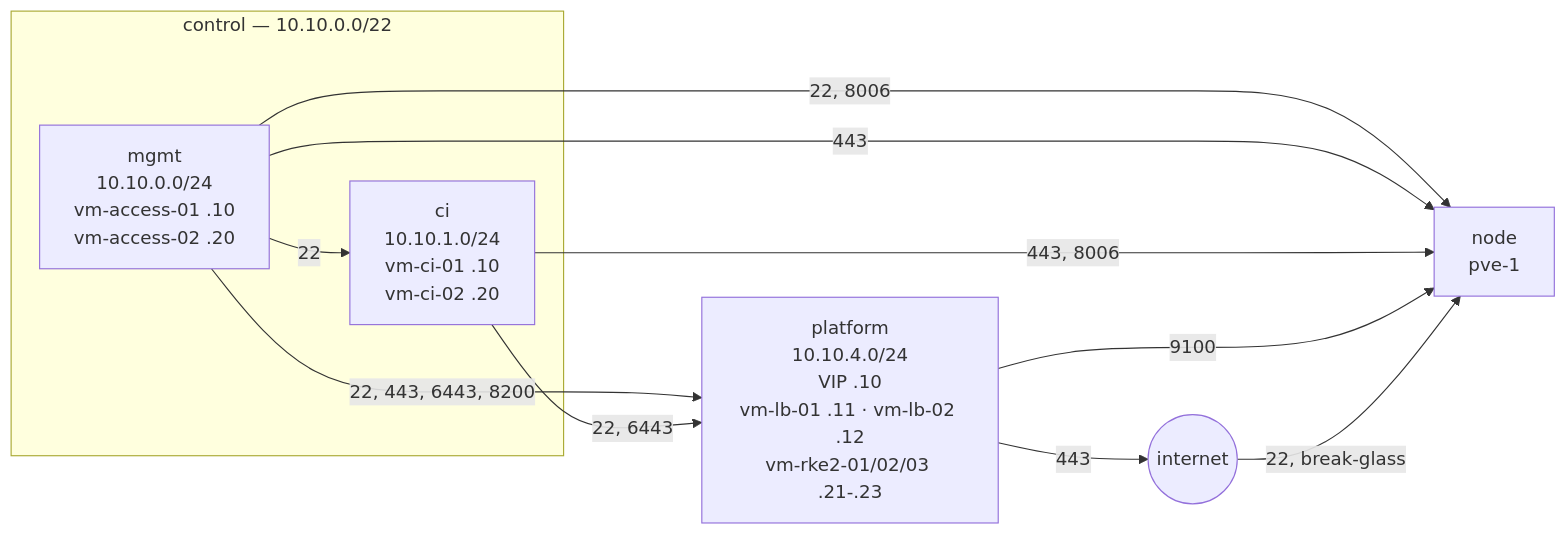
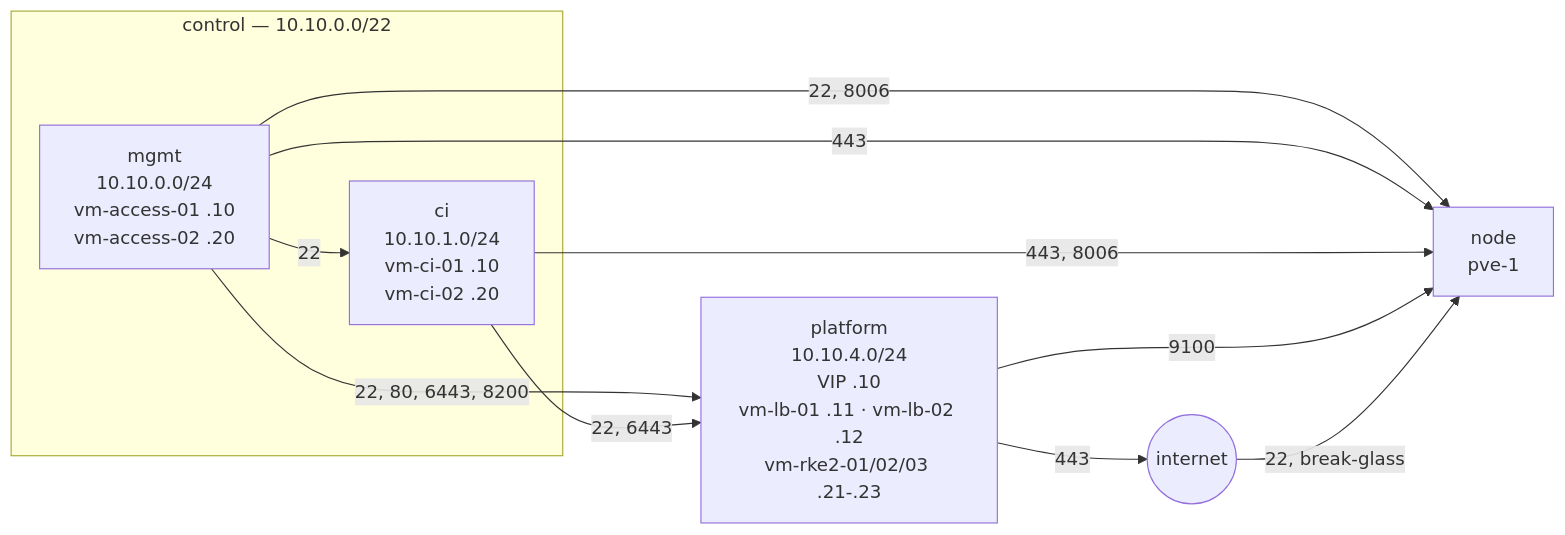
Before and after one commit to 0xc0-homelab/infrastructure: the third of 7 diagrams in docs/architecture.md, drawn with Mermaid. The commit also changed 2 other files, not shown here.

Commit message:
fix(haproxy): drop the unused 443 frontend (#133)
Closes #127

- **HAProxy:** removes the `ingress-https` frontend (VIP 443 → NodePort
30443). Traefik exposes only `web` (NodePort 30080). Nothing listened on
30443, and HAProxy kept health-checking three dead backends.
- **Transit:** `mgmt -> platform` changes from `[22, 443, 6443, 8200]`
to `[22, 80, 6443, 8200]`. The internal portals are reached only over
WARP for now (operator decision, 2026-09-29), in plain HTTP to the VIP's
port 80.
- The entry targets only `platform`, so only the `zone-platform`
security group changes. The node's rules and its DROP policy are
untouched.
- **Docs:** `docs/architecture.md` is updated to match.

`homelab:network-reviewer` found no blocking issues. There is no
remaining reference to 443 or 30443 towards platform, keepalived only
tracks the haproxy service, and nothing else needs 443 into platform.

**Merge order:** merge this PR, then run the plan and the `cluster.yml`
run from the pipeline. They are independent: the frontend does nothing
either way. No sibling PRs.

````diff
--- a/docs/architecture.md
+++ b/docs/architecture.md
@@ -111,20 +111,20 @@
 ```mermaid
 flowchart LR
   subgraph control["control — 10.10.0.0/22"]
     mgmt["mgmt<br/>10.10.0.0/24<br/>vm-access-01 .10<br/>vm-access-02 .20"]
     ci["ci<br/>10.10.1.0/24<br/>vm-ci-01 .10<br/>vm-ci-02 .20"]
   end
   platform["platform<br/>10.10.4.0/24<br/>VIP .10<br/>vm-lb-01 .11 · vm-lb-02 .12<br/>vm-rke2-01/02/03 .21-.23"]
   node["node<br/>pve-1"]
   internet(("internet"))
 
   mgmt -- "22" --> ci
-  mgmt -- "22, 443, 6443, 8200" --> platform
+  mgmt -- "22, 80, 6443, 8200" --> platform
   mgmt -- "22, 8006" --> node
   mgmt -- "443" --> node
   ci -- "22, 6443" --> platform
   ci -- "443, 8006" --> node
   platform -- "9100" --> node
   platform -- "443" --> internet
   internet -- "22, break-glass" --> node
 ```
````
